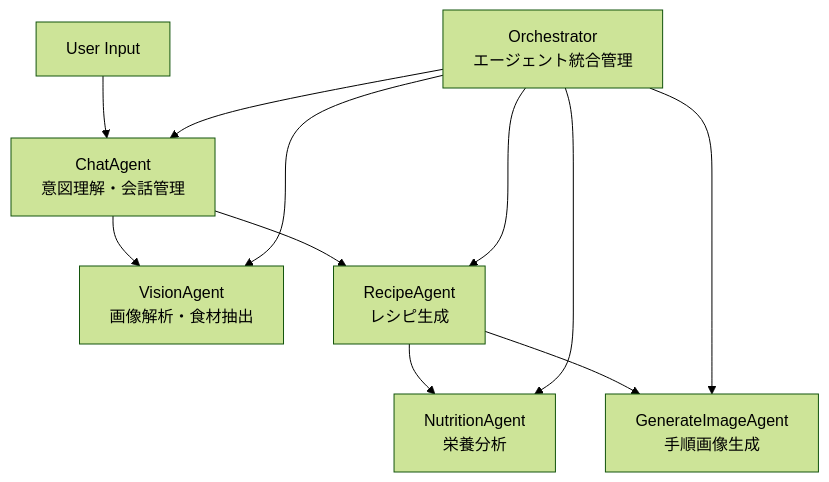
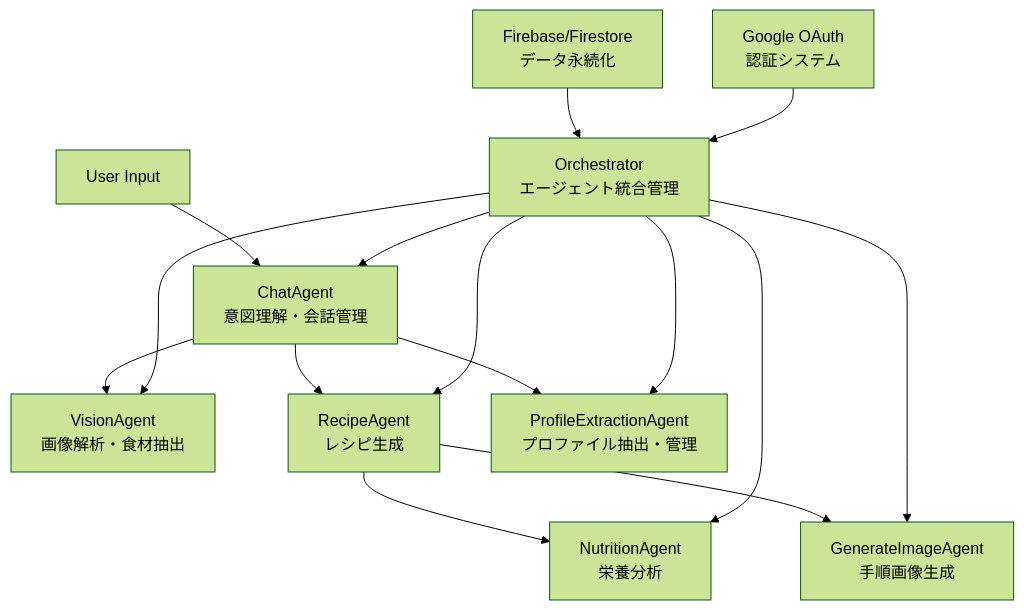
One commit to DIGITAL-BASE1/dinner-cam changed the diagram in README.md. Above: the diagram before and after it, drawn with Mermaid (forest theme). The commit also changed other lines of this file, not shown here.

````diff
--- a/README.md
+++ b/README.md
@@ -66,13 +75,17 @@
 ```mermaid
 graph TD
     A[User Input] --> B[ChatAgent<br/>意図理解・会話管理]
     B --> C[VisionAgent<br/>画像解析・食材抽出]
     B --> D[RecipeAgent<br/>レシピ生成]
+    B --> H[ProfileExtractionAgent<br/>プロファイル抽出・管理]
     D --> E[NutritionAgent<br/>栄養分析]
     D --> F[GenerateImageAgent<br/>手順画像生成]
     G[Orchestrator<br/>エージェント統合管理] --> B
     G --> C
     G --> D
     G --> E
     G --> F
+    G --> H
+    I[Firebase/Firestore<br/>データ永続化] --> G
+    J[Google OAuth<br/>認証システム] --> G
 ```
````
